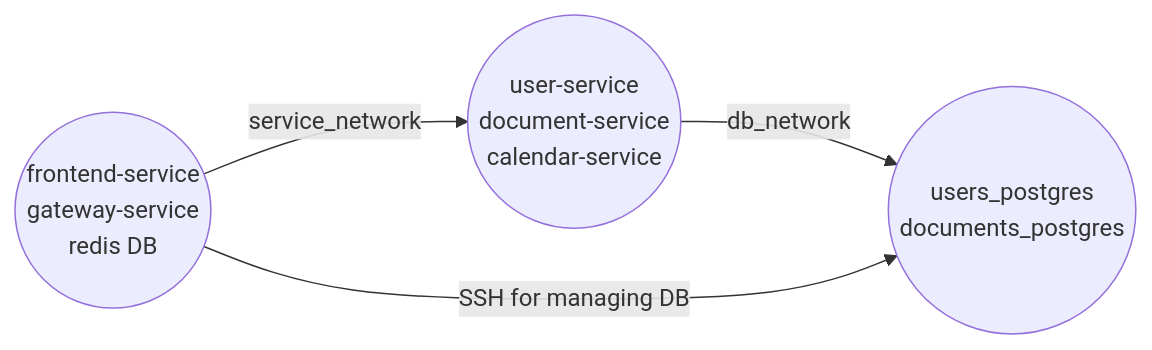
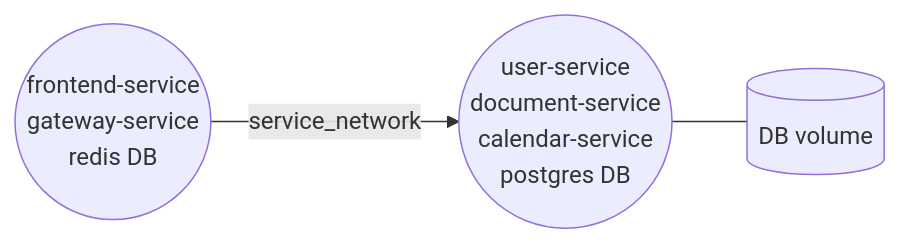
One commit to samgozman/validity.red changed the diagram in deploy/README.md. Above: the diagram before and after it, drawn with Mermaid. The commit also changed other lines of this file, not shown here.

Commit message:
Change deployment documents

````diff
--- a/deploy/README.md
+++ b/deploy/README.md
@@ -5,7 +5,6 @@
 ```mermaid
 graph LR
     A((frontend-service <br/> gateway-service <br/> redis DB <br/>))
-    A--> |service_network| B((user-service <br/> document-service <br/> calendar-service <br/>))
-    B--> |db_network| C((users_postgres <br/> documents_postgres <br/>))
-    A--> |SSH for managing DB| C
+    A--> |service_network| B((user-service <br/> document-service <br/> calendar-service <br/> postgres DB <br/>))
+    B---C[(DB volume)]
 ```
````
